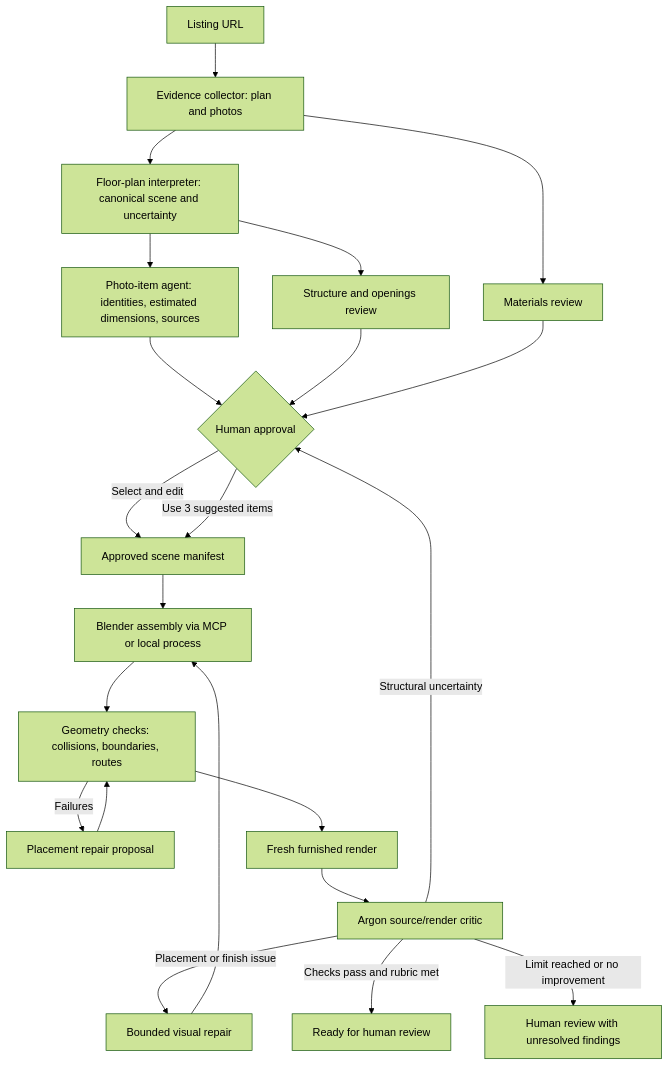
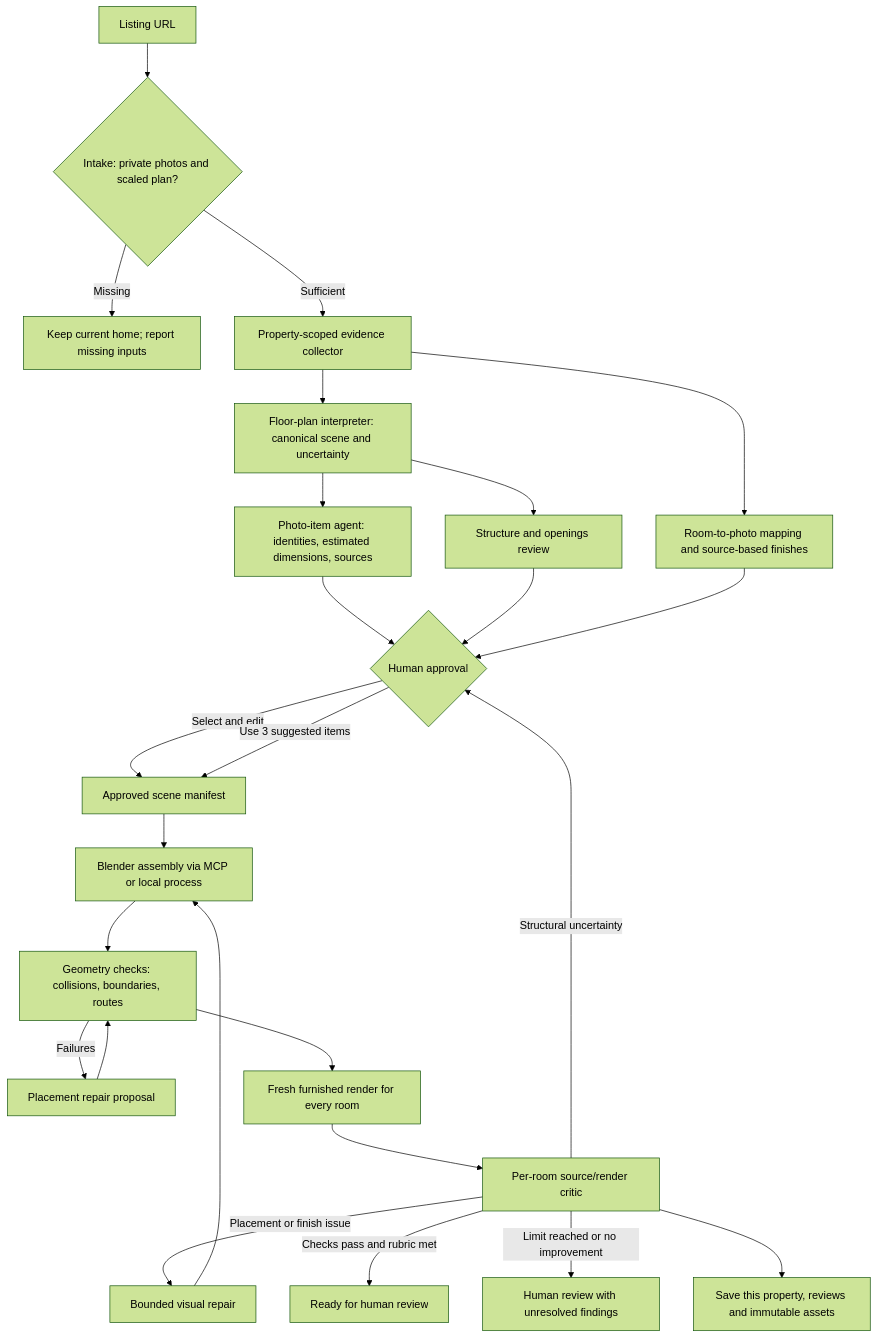
One commit to Yoha02/Listing2Living changed the diagram in docs/V1-PLAN.md. Above: the diagram before and after it, drawn with Mermaid (forest theme). The commit also changed other lines of this file and 31 other files, not shown here.

Commit message:
Add room evidence review and isolated listing workspaces

````diff
--- a/docs/V1-PLAN.md
+++ b/docs/V1-PLAN.md
@@ -11,24 +11,27 @@
 ```mermaid
 flowchart TD
-  URL[Listing URL] --> E[Evidence collector: plan and photos]
+  URL[Listing URL] --> I{Intake: private photos and scaled plan?}
+  I -->|Missing| NEED[Keep current home; report missing inputs]
+  I -->|Sufficient| E[Property-scoped evidence collector]
   E --> P[Floor-plan interpreter: canonical scene and uncertainty]
   P --> A[Photo-item agent: identities, estimated dimensions, sources]
   P --> S[Structure and openings review]
-  E --> M[Materials review]
+  E --> M[Room-to-photo mapping and source-based finishes]
   A --> H{Human approval}
   S --> H
   M --> H
   H -->|Select and edit| C[Approved scene manifest]
   H -->|Use 3 suggested items| C
   C --> B[Blender assembly via MCP or local process]
   B --> G[Geometry checks: collisions, boundaries, routes]
   G -->|Failures| R[Placement repair proposal]
   R --> G
-  G --> V[Fresh furnished render]
-  V --> J[Argon source/render critic]
+  G --> V[Fresh furnished render for every room]
+  V --> J[Per-room source/render critic]
   J -->|Placement or finish issue| R2[Bounded visual repair]
   R2 --> B
   J -->|Structural uncertainty| H
   J -->|Checks pass and rubric met| READY[Ready for human review]
   J -->|Limit reached or no improvement| HUMAN[Human review with unresolved findings]
+  J --> SAVE[Save this property, reviews and immutable assets]
 ```
````
